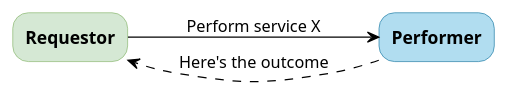
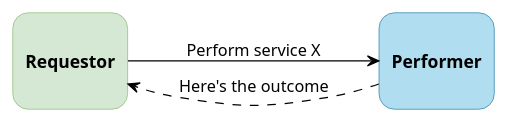
The diagram in input/images-source/request-simplest.plantuml (HL7/fhir-cow-ig), drawn with PlantUML before and after one commit. The commit also changed 5 other files, not shown here.

First line of the commit message:
Fulfiller Determination diagrams: taller boxes

```diff
--- a/input/images-source/request-simplest.plantuml
+++ b/input/images-source/request-simplest.plantuml
@@ -1,18 +1,18 @@
 @startuml request-simplest
 skinparam svgDimensionStyle false
 skinparam defaultFontName Arial
 skinparam defaultTextAlignment center
 skinparam ArrowColor Black
 skinparam rectangle {
   RoundCorner 25
   FontStyle bold
 }
 skinparam nodesep 40
 skinparam ranksep 80
 left to right direction
 
-rectangle "Requestor" as SimR #d5e8d4;line:82b366
-rectangle "Performer" as SimP #b1ddf0;line:10739e
+rectangle "\nRequestor\n" as SimR #d5e8d4;line:82b366
+rectangle "\nPerformer\n" as SimP #b1ddf0;line:10739e
 SimR --> SimP : Perform service X
 SimP ..> SimR : Here's the outcome
 @enduml
```
